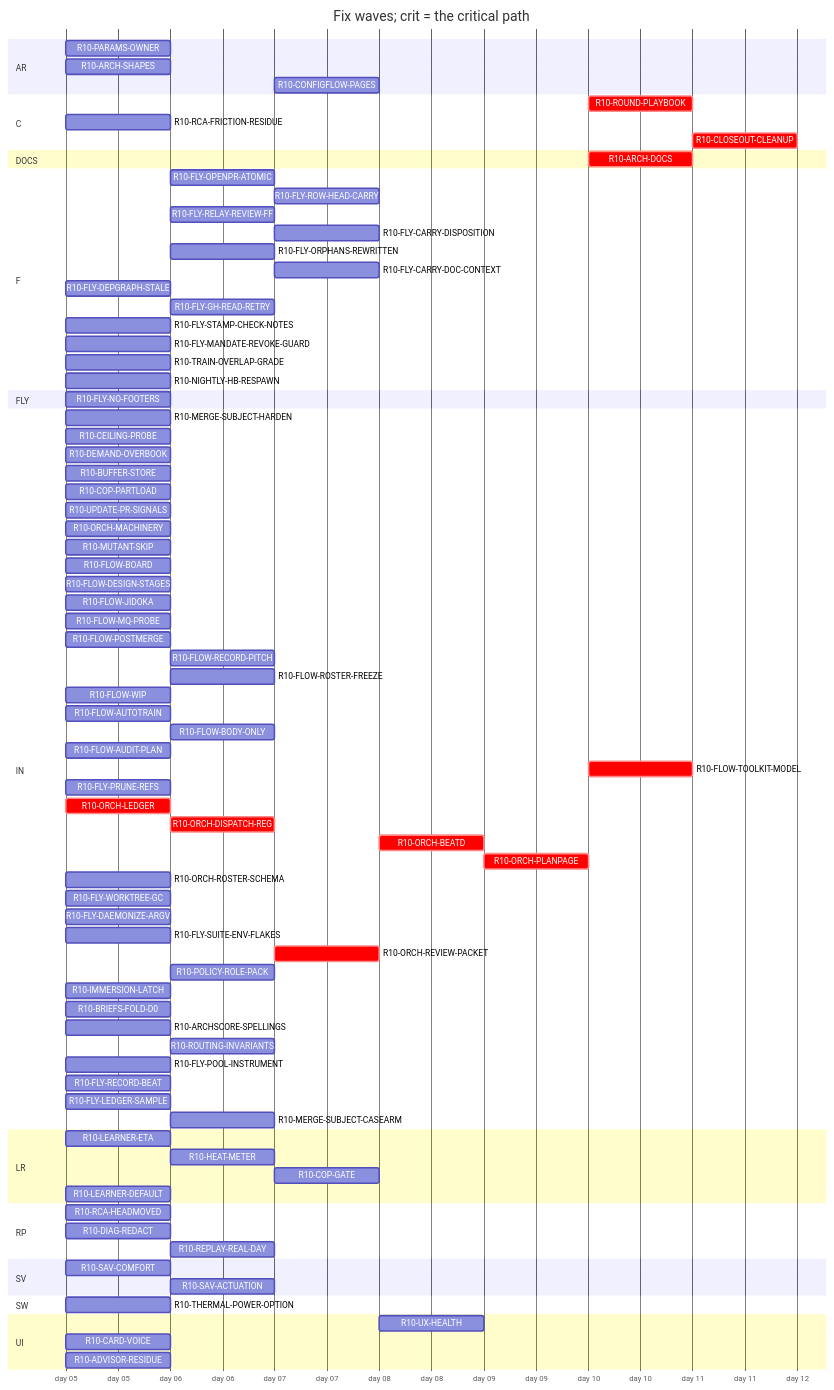
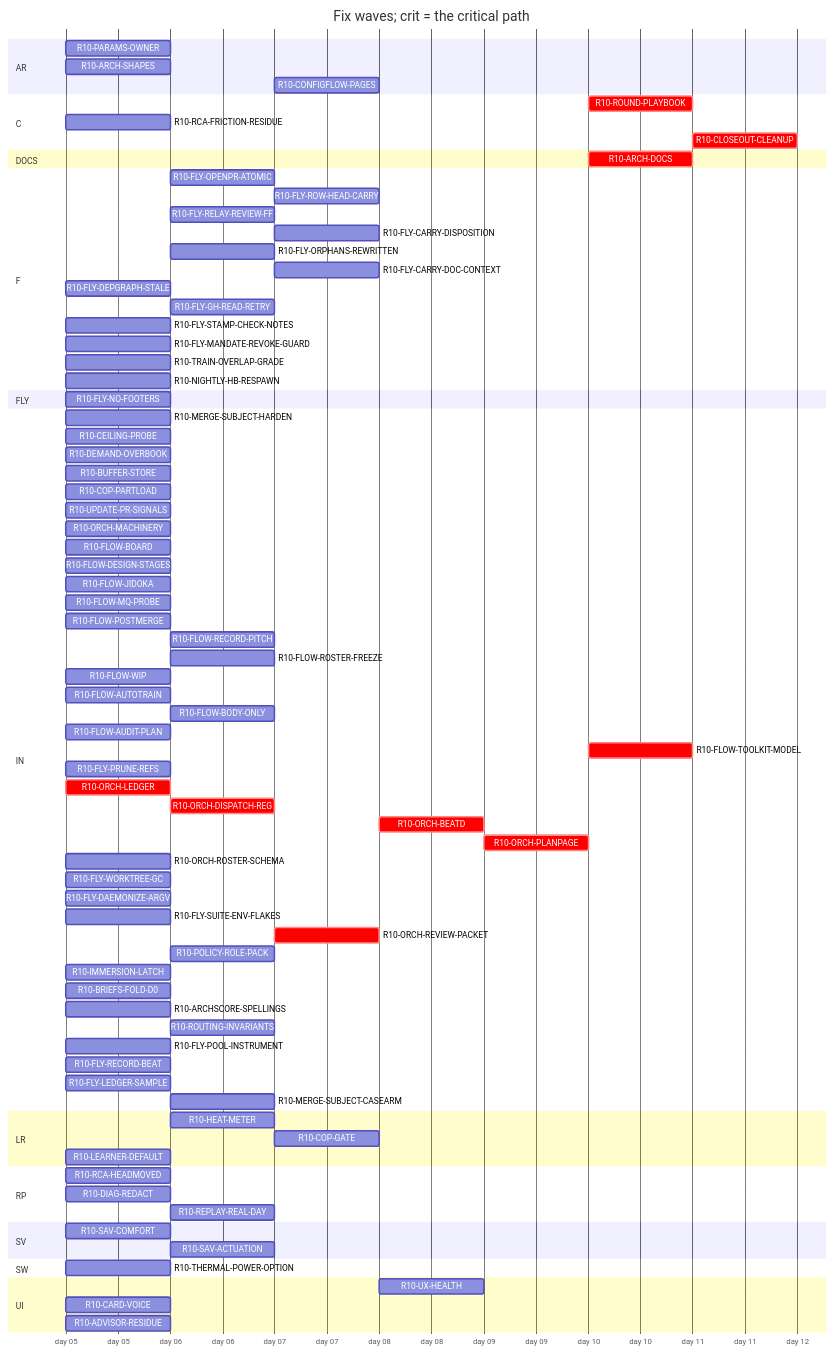
One commit to tvofi/heatpump_optimizer changed the diagram in handoff/round10/state/PLAN-TABLE.md. Above: the diagram before and after it, drawn with Mermaid. The commit also changed other lines of this file and 2 other files, not shown here.

```diff
--- a/handoff/round10/state/PLAN-TABLE.md
+++ b/handoff/round10/state/PLAN-TABLE.md
@@ -35,7 +35,7 @@
     R10-RCA-FRICTION-RESIDUE :r10RCAFRICTIONRESIDUE, 2026-01-05, 1d
     R10-CLOSEOUT-CLEANUP :crit, r10CLOSEOUTCLEANUP, after r10FLYPRUNEREFS r10FLYWORKTREEGC r10ARCHDOCS r10ROUNDPLAYBOOK, 1d
   section DOCS
-    R10-ARCH-DOCS :crit, r10ARCHDOCS, after r10PARAMSOWNER r10ARCHSHAPES r10LEARNERETA r10HEATMETER r10COPGATE r10UXHEALTH r10CONFIGFLOWPAGES r10RCAHEADMOVED r10SAVCOMFORT r10MERGESUBJECTHARDEN r10CEILINGPROBE r10DEMANDOVERBOOK r10BUFFERSTORE r10COPPARTLOAD r10UPDATEPRSIGNALS r10CARDVOICE r10THERMALPOWEROPTION r10LEARNERDEFAULT r10MUTANTSKIP r10FLOWBOARD r10FLOWDESIGNSTAGES r10FLOWJIDOKA r10FLOWMQPROBE r10FLOWPOSTMERGE r10FLOWRECORDPITCH r10FLOWROSTERFREEZE r10FLOWWIP r10FLOWAUTOTRAIN r10FLOWBODYONLY r10FLYOPENPRATOMIC r10FLYROWHEADCARRY r10FLOWAUDITPLAN r10FLYRELAYREVIEWFF r10FLYCARRYDISPOSITION r10FLYORPHANSREWRITTEN r10FLYCARRYDOCCONTEXT r10FLYDEPGRAPHSTALE r10FLOWTOOLKITMODEL r10FLYSTAMPCHECKNOTES r10FLYMANDATEREVOKEGUARD r10RCAFRICTIONRESIDUE r10TRAINOVERLAPGRADE r10NIGHTLYHBRESPAWN r10FLYPRUNEREFS r10ORCHLEDGER r10ORCHDISPATCHREG r10ORCHBEATD r10ORCHPLANPAGE r10ORCHROSTERSCHEMA r10FLYWORKTREEGC r10FLYDAEMONIZEARGV r10ORCHREVIEWPACKET r10POLICYROLEPACK r10IMMERSIONLATCH r10DIAGREDACT r10ADVISORRESIDUE r10BRIEFSFOLDD0 r10REPLAYREALDAY r10ARCHSCORESPELLINGS r10SAVACTUATION r10FLYLEDGERSAMPLE, 1d
+    R10-ARCH-DOCS :crit, r10ARCHDOCS, after r10PARAMSOWNER r10ARCHSHAPES r10HEATMETER r10COPGATE r10UXHEALTH r10CONFIGFLOWPAGES r10RCAHEADMOVED r10SAVCOMFORT r10MERGESUBJECTHARDEN r10CEILINGPROBE r10DEMANDOVERBOOK r10BUFFERSTORE r10COPPARTLOAD r10UPDATEPRSIGNALS r10CARDVOICE r10THERMALPOWEROPTION r10LEARNERDEFAULT r10FLOWBOARD r10FLOWDESIGNSTAGES r10FLOWJIDOKA r10FLOWMQPROBE r10FLOWPOSTMERGE r10FLOWRECORDPITCH r10FLOWROSTERFREEZE r10FLOWWIP r10FLOWAUTOTRAIN r10FLOWBODYONLY r10FLYOPENPRATOMIC r10FLYROWHEADCARRY r10FLOWAUDITPLAN r10FLYRELAYREVIEWFF r10FLYCARRYDISPOSITION r10FLYORPHANSREWRITTEN r10FLYCARRYDOCCONTEXT r10FLYDEPGRAPHSTALE r10FLOWTOOLKITMODEL r10FLYSTAMPCHECKNOTES r10FLYMANDATEREVOKEGUARD r10RCAFRICTIONRESIDUE r10TRAINOVERLAPGRADE r10NIGHTLYHBRESPAWN r10FLYPRUNEREFS r10ORCHLEDGER r10ORCHDISPATCHREG r10ORCHBEATD r10ORCHPLANPAGE r10ORCHROSTERSCHEMA r10FLYWORKTREEGC r10FLYDAEMONIZEARGV r10ORCHREVIEWPACKET r10POLICYROLEPACK r10IMMERSIONLATCH r10DIAGREDACT r10ADVISORRESIDUE r10BRIEFSFOLDD0 r10REPLAYREALDAY r10ARCHSCORESPELLINGS r10SAVACTUATION r10FLYLEDGERSAMPLE, 1d
   section F
     R10-FLY-OPENPR-ATOMIC :r10FLYOPENPRATOMIC, after r10UPDATEPRSIGNALS, 1d
     R10-FLY-ROW-HEAD-CARRY :r10FLYROWHEADCARRY, after r10FLYOPENPRATOMIC r10FLOWMQPROBE, 1d
@@ -59,7 +59,6 @@
     R10-COP-PARTLOAD :r10COPPARTLOAD, 2026-01-05, 1d
     R10-UPDATE-PR-SIGNALS :r10UPDATEPRSIGNALS, 2026-01-05, 1d
     R10-ORCH-MACHINERY :r10ORCHMACHINERY, 2026-01-05, 1d
-    R10-MUTANT-SKIP :r10MUTANTSKIP, 2026-01-05, 1d
     R10-FLOW-BOARD :r10FLOWBOARD, 2026-01-05, 1d
     R10-FLOW-DESIGN-STAGES :r10FLOWDESIGNSTAGES, 2026-01-05, 1d
     R10-FLOW-JIDOKA :r10FLOWJIDOKA, 2026-01-05, 1d
@@ -92,8 +91,7 @@
     R10-FLY-LEDGER-SAMPLE :r10FLYLEDGERSAMPLE, 2026-01-05, 1d
     R10-MERGE-SUBJECT-CASEARM :r10MERGESUBJECTCASEARM, after r10MERGESUBJECTHARDEN, 1d
   section LR
-    R10-LEARNER-ETA :r10LEARNERETA, 2026-01-05, 1d
-    R10-HEAT-METER :r10HEATMETER, after r10LEARNERETA r10PARAMSOWNER r10ARCHSHAPES r10THERMALPOWEROPTION, 1d
+    R10-HEAT-METER :r10HEATMETER, after r10PARAMSOWNER r10ARCHSHAPES r10THERMALPOWEROPTION, 1d
     R10-COP-GATE :r10COPGATE, after r10HEATMETER, 1d
     R10-LEARNER-DEFAULT :r10LEARNERDEFAULT, 2026-01-05, 1d
   section RP
```
